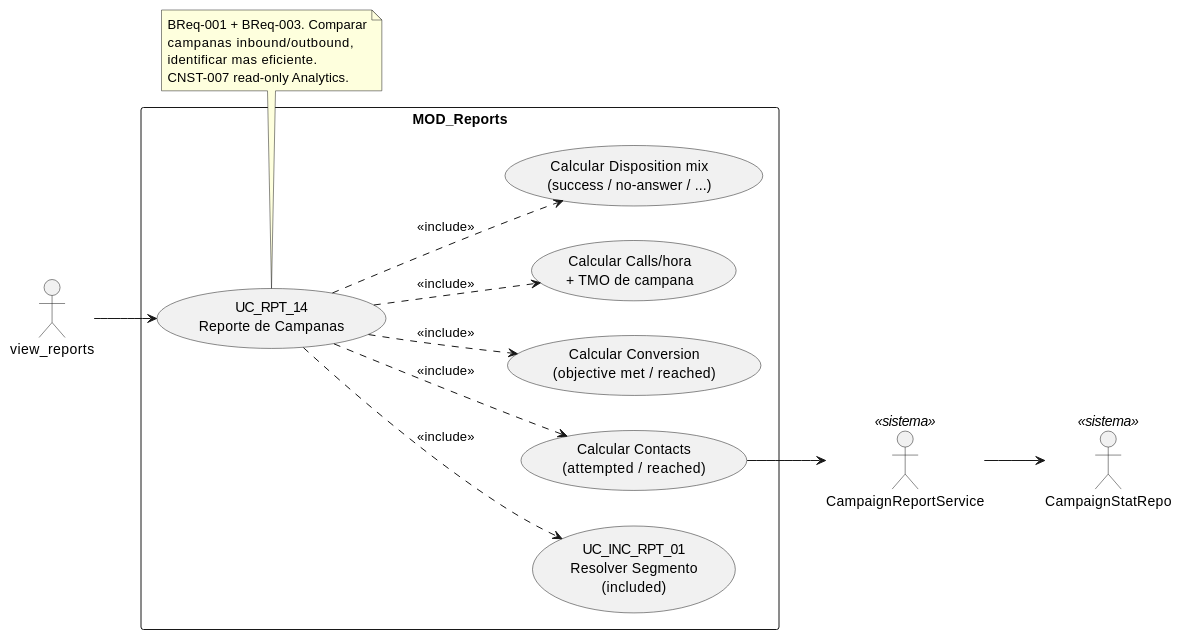
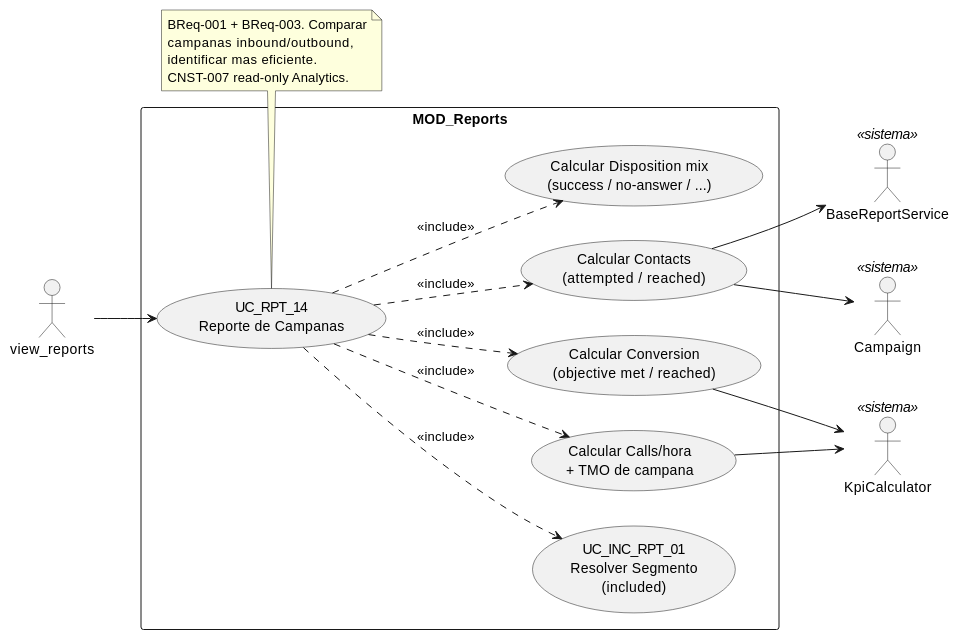
The diagram in source/requisitos/casos-uso/reports/uc-rpt-14/diagramas-uml/diagrama-de-caso-de-uso.rst (jcg-admin/IACT-docs), drawn with PlantUML before and after one commit. The commit also changed other lines of this file and 52 other files, not shown here.

```diff
--- a/source/requisitos/casos-uso/reports/uc-rpt-14/diagramas-uml/diagrama-de-caso-de-uso.rst
+++ b/source/requisitos/casos-uso/reports/uc-rpt-14/diagramas-uml/diagrama-de-caso-de-uso.rst
@@ -4,38 +4,41 @@
 .. uml::
  :caption: UC_RPT_14 — actores y casos asociados
 
  @startuml
 
  left to right direction
 
  actor "view_reports" as INVOKER
- actor "CampaignReportService" as SVC <<sistema>>
- actor "CampaignStatRepo" as REPO <<sistema>>
+ actor "BaseReportService" as SVC <<sistema>>
+ actor "Campaign" as CAMP <<sistema>>
+ actor "KpiCalculator" as KPI <<sistema>>
 
  rectangle "MOD_Reports" {
    usecase "UC_RPT_14\nReporte de Campanas" as UC_RPT_14
    usecase "UC_INC_RPT_01\nResolver Segmento\n(included)" as UC_INC_RPT_01
    usecase "Calcular Contacts\n(attempted / reached)" as METRIC_CONTACTS
    usecase "Calcular Conversion\n(objective met / reached)" as METRIC_CONV
    usecase "Calcular Calls/hora\n+ TMO de campana" as METRIC_THROUGHPUT
    usecase "Calcular Disposition mix\n(success / no-answer / ...)" as METRIC_DISP
  }
 
  INVOKER --> UC_RPT_14
  UC_RPT_14 ..> UC_INC_RPT_01 : <<include>>
  UC_RPT_14 ..> METRIC_CONTACTS : <<include>>
  UC_RPT_14 ..> METRIC_CONV : <<include>>
  UC_RPT_14 ..> METRIC_THROUGHPUT : <<include>>
  UC_RPT_14 ..> METRIC_DISP : <<include>>
 
  METRIC_CONTACTS --> SVC
- SVC --> REPO
+ METRIC_CONTACTS --> CAMP
+ METRIC_CONV --> KPI
+ METRIC_THROUGHPUT --> KPI
 
  note bottom of UC_RPT_14
    BReq-001 + BReq-003. Comparar
    campanas inbound/outbound,
    identificar mas eficiente.
    CNST-007 read-only Analytics.
  end note
 
  @enduml
```
